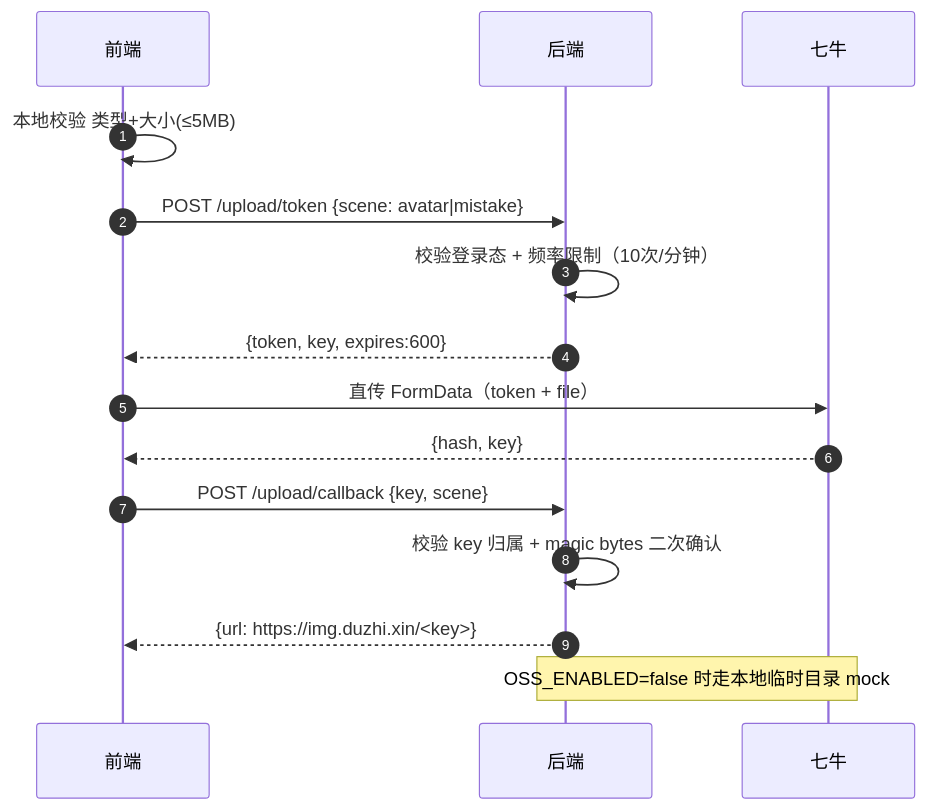
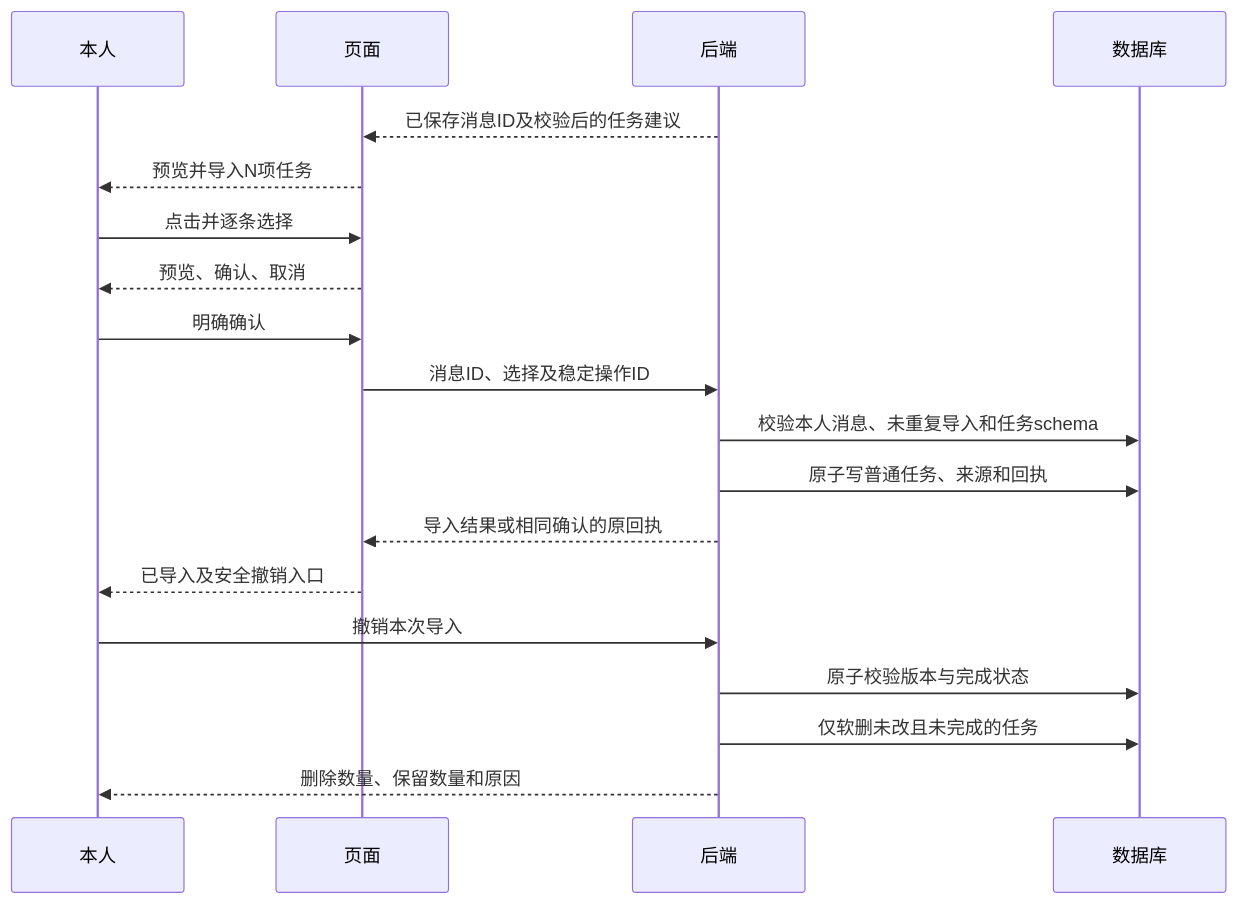
The second of 2 diagrams in docs/design-2026-10-25/05-FLOW-核心流程时序图.md (2667598938/yanshi), drawn with Mermaid before and after one commit. The commit also changed other lines of this file and 21 other files, not shown here.

````diff
--- a/docs/design-2026-10-25/05-FLOW-核心流程时序图.md
+++ b/docs/design-2026-10-25/05-FLOW-核心流程时序图.md
@@ -256,17 +55,21 @@
 ```mermaid
 sequenceDiagram
-    autonumber
-    participant W as 前端
-    participant A as 后端
-    participant Q as 七牛
-    W->>W: 本地校验 类型+大小(≤5MB)
-    W->>A: POST /upload/token {scene: avatar|mistake}
-    A->>A: 校验登录态 + 频率限制（10次/分钟）
-    A-->>W: {token, key, expires:600}
-    W->>Q: 直传 FormData（token + file）
-    Q-->>W: {hash, key}
-    W->>A: POST /upload/callback {key, scene}
-    A->>A: 校验 key 归属 + magic bytes 二次确认
-    A-->>W: {url: https://img.duzhi.xin/<key>}
-    Note over A,Q: OSS_ENABLED=false 时走本地临时目录 mock
+ participant U as 本人
+ participant W as 页面
+ participant A as 后端
+ participant D as 数据库
+ A-->>W: 已保存消息ID及校验后的任务建议
+ W-->>U: 预览并导入N项任务
+ U->>W: 点击并逐条选择
+ W-->>U: 预览、确认、取消
+ U->>W: 明确确认
+ W->>A: 消息ID、选择及稳定操作ID
+ A->>D: 校验本人消息、未重复导入和任务schema
+ A->>D: 原子写普通任务、来源和回执
+ A-->>W: 导入结果或相同确认的原回执
+ W-->>U: 已导入及安全撤销入口
+ U->>A: 撤销本次导入
+ A->>D: 原子校验版本与完成状态
+ A->>D: 仅软删未改且未完成的任务
+ A-->>U: 删除数量、保留数量和原因
 ```
````
